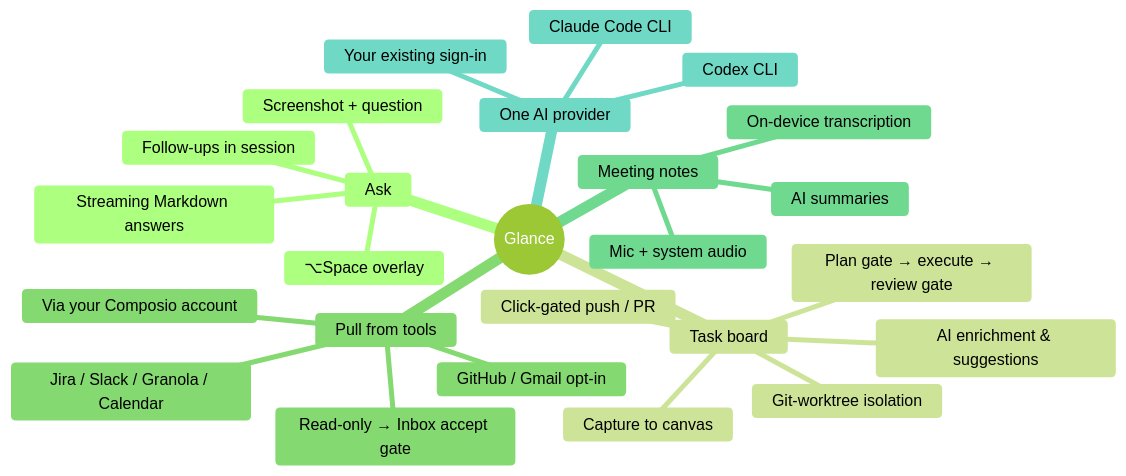
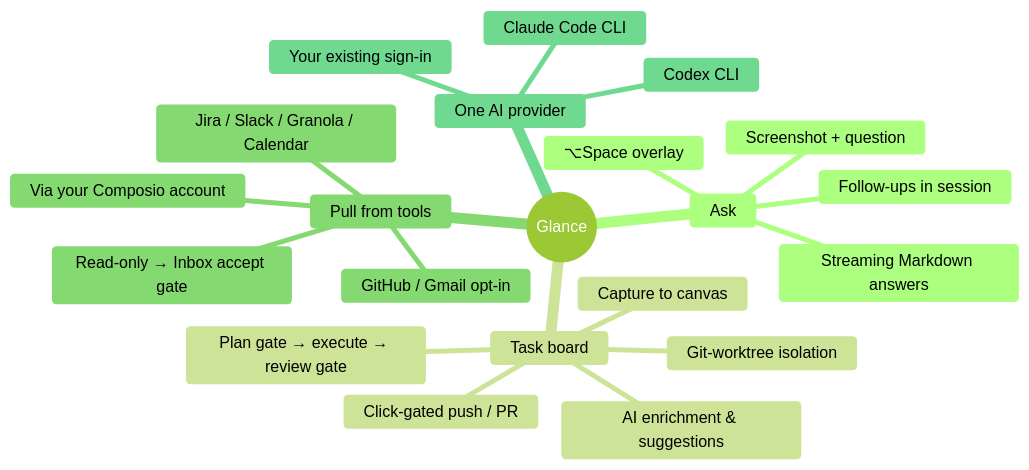
Before and after one commit to nekruza/glance-1: the first of 3 diagrams in README.md, drawn with Mermaid (forest theme). The commit also changed other lines of this file and 1 other file, not shown here.

First line of the commit message:
docs: drop meeting transcription from the README and AGENTS

````diff
--- a/README.md
+++ b/README.md
@@ -16,28 +16,24 @@
 ```mermaid
 mindmap
   root((Glance))
     Ask
       ⌥Space overlay
       Screenshot + question
       Streaming Markdown answers
       Follow-ups in session
     Task board
       Capture to canvas
       AI enrichment & suggestions
       Plan gate → execute → review gate
       Git-worktree isolation
       Click-gated push / PR
     Pull from tools
       Jira / Slack / Granola / Calendar
       GitHub / Gmail opt-in
       Read-only → Inbox accept gate
       Via your Composio account
-    Meeting notes
-      Mic + system audio
-      On-device transcription
-      AI summaries
     One AI provider
       Claude Code CLI
       Codex CLI
       Your existing sign-in
 ```
````
